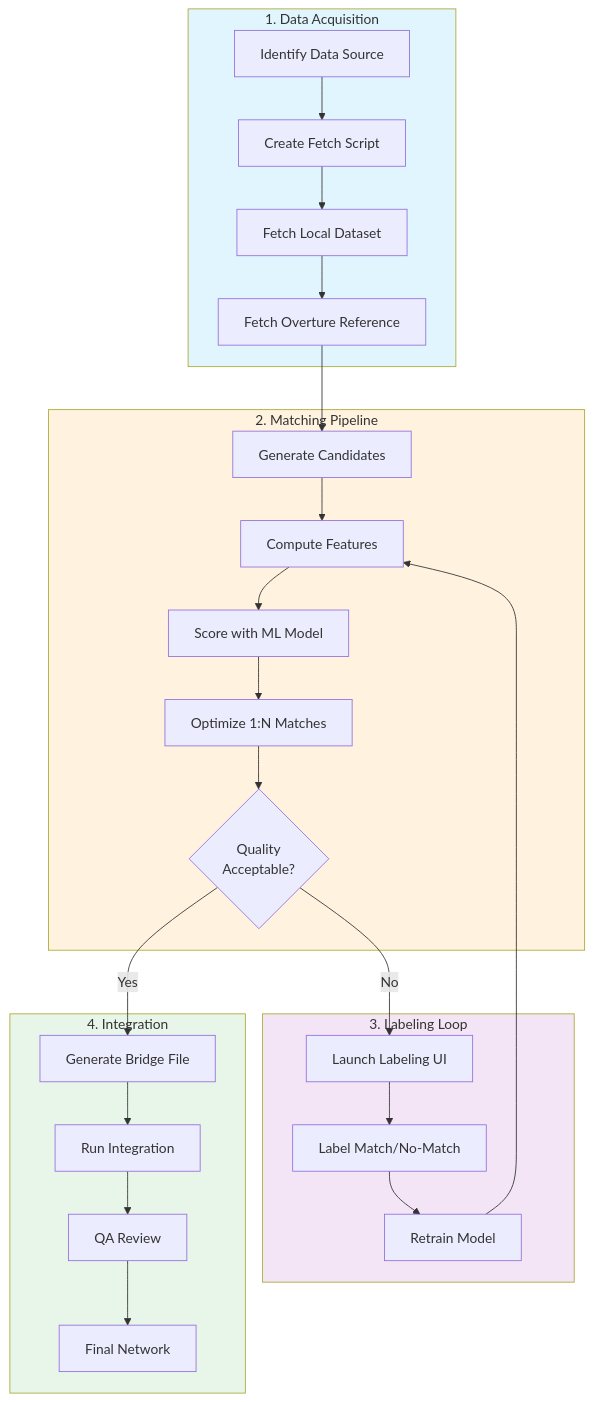
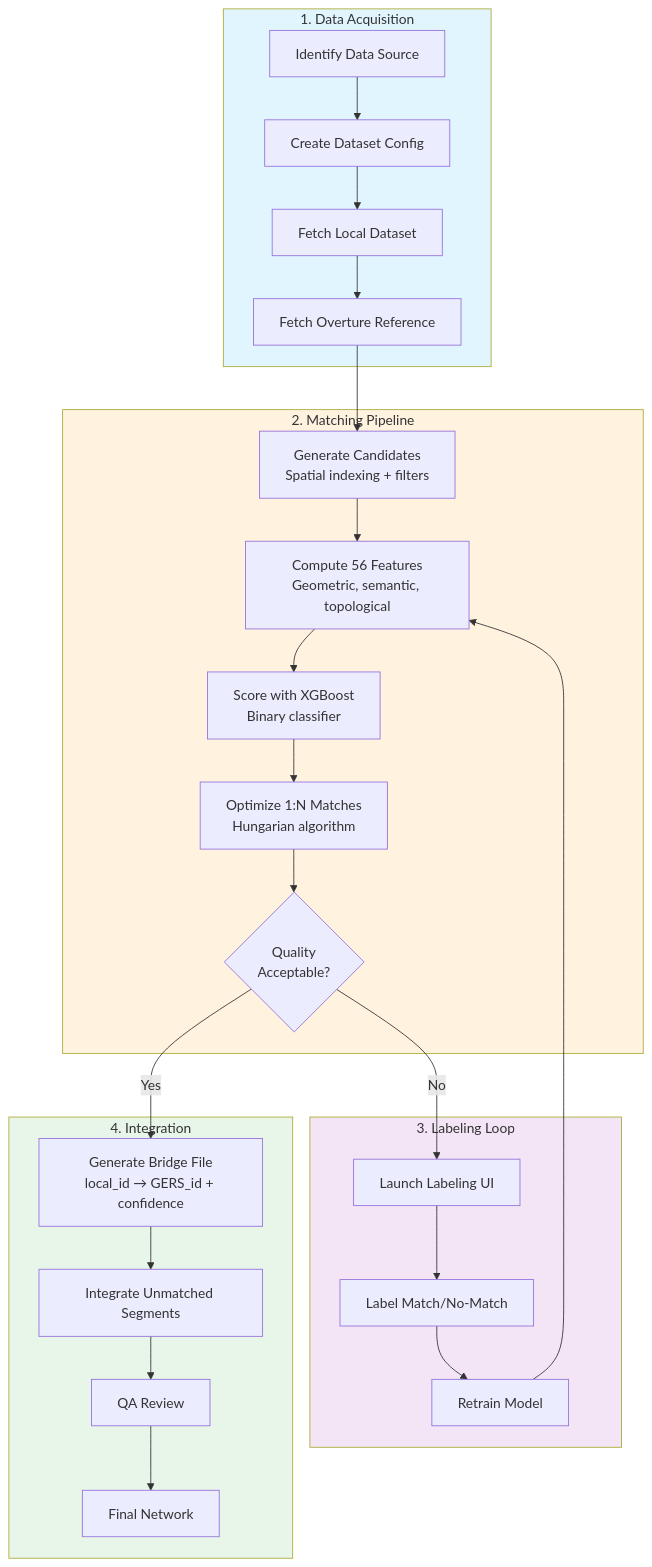
One commit to brad-richardson/crosswalk changed the diagram in README.md. Above: the diagram before and after it, drawn with Mermaid. The commit also changed other lines of this file and 6 other files, not shown here.

````diff
--- a/README.md
+++ b/README.md
@@ -17,35 +43,35 @@
 ```mermaid
 flowchart TB
     subgraph Data["1. Data Acquisition"]
-        A[Identify Data Source] --> B[Create Fetch Script]
+        A[Identify Data Source] --> B[Create Dataset Config]
         B --> C[Fetch Local Dataset]
         C --> D[Fetch Overture Reference]
     end
 
     subgraph Match["2. Matching Pipeline"]
-        D --> E[Generate Candidates]
-        E --> F[Compute Features]
-        F --> G[Score with ML Model]
-        G --> H[Optimize 1:N Matches]
+        D --> E[Generate Candidates<br/>Spatial indexing + filters]
+        E --> F[Compute 56 Features<br/>Geometric, semantic, topological]
+        F --> G[Score with XGBoost<br/>Binary classifier]
+        G --> H[Optimize 1:N Matches<br/>Hungarian algorithm]
         H --> I{Quality<br/>Acceptable?}
     end
 
     subgraph Label["3. Labeling Loop"]
         I -->|No| J[Launch Labeling UI]
         J --> K[Label Match/No-Match]
         K --> L[Retrain Model]
         L --> F
     end
 
     subgraph Output["4. Integration"]
-        I -->|Yes| M[Generate Bridge File]
-        M --> N[Run Integration]
+        I -->|Yes| M[Generate Bridge File<br/>local_id → GERS_id + confidence]
+        M --> N[Integrate Unmatched Segments]
         N --> O[QA Review]
         O --> P[Final Network]
     end
 
     style Data fill:#e1f5fe
     style Match fill:#fff3e0
     style Label fill:#f3e5f5
     style Output fill:#e8f5e9
 ```
````
